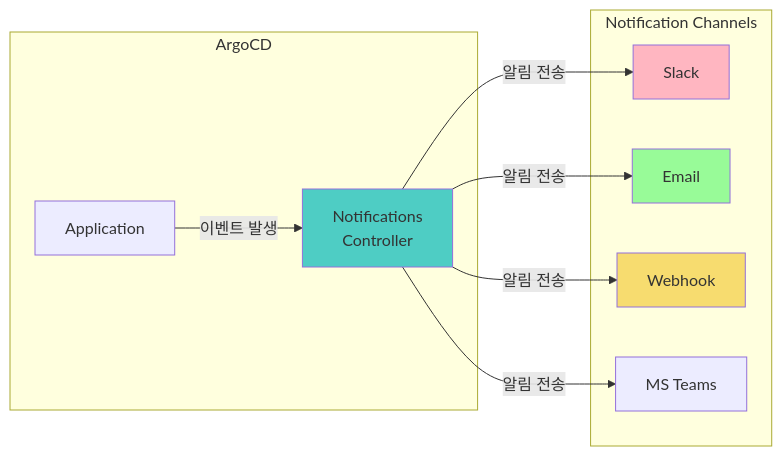
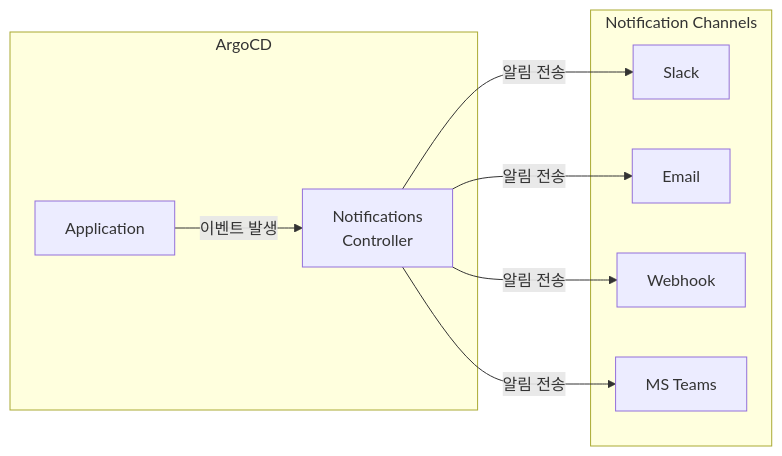
Before and after one commit to juwon8891/juwon8891.github.io: the fifth of 6 diagrams in docs/cicd/week4-argocd-advanced.md, drawn with Mermaid. The commit also changed other lines of this file and 18 other files, not shown here.

Commit message:
Remove bright colors from Mermaid diagrams for dark mode compatibility

````diff
--- a/docs/cicd/week4-argocd-advanced.md
+++ b/docs/cicd/week4-argocd-advanced.md
@@ -1278,25 +1263,21 @@
 ```mermaid
 graph LR
     subgraph "ArgoCD"
         APP[Application]
         CTRL[Notifications<br/>Controller]
     end
 
     subgraph "Notification Channels"
         SLACK[Slack]
         EMAIL[Email]
         WEBHOOK[Webhook]
         MSTEAMS[MS Teams]
     end
 
     APP -->|이벤트 발생| CTRL
     CTRL -->|알림 전송| SLACK
     CTRL -->|알림 전송| EMAIL
     CTRL -->|알림 전송| WEBHOOK
     CTRL -->|알림 전송| MSTEAMS
 
-    style CTRL fill:#4ECDC4
-    style SLACK fill:#FFB6C1
-    style EMAIL fill:#98FB98
-    style WEBHOOK fill:#F7DC6F
 ```
````
